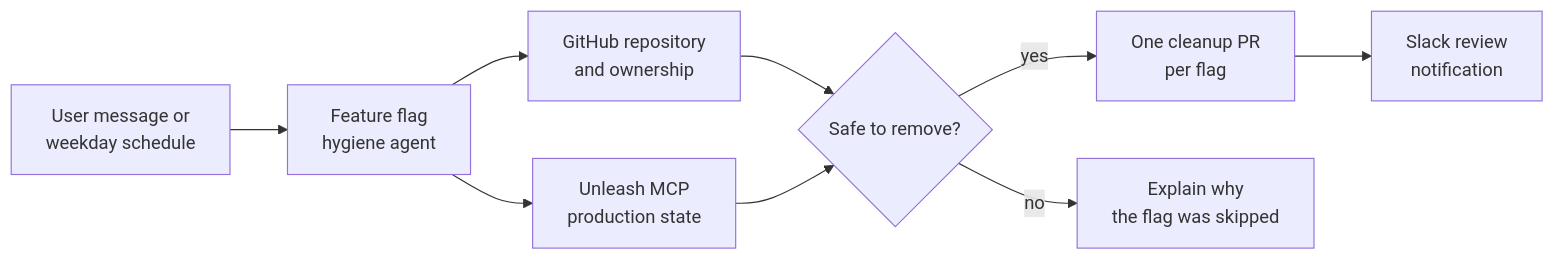
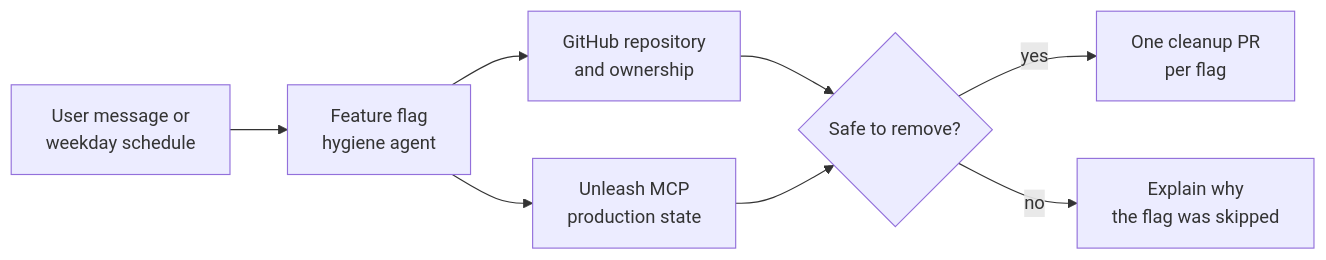
One commit to diggerhq/opencomputer changed the diagram in docs/agents/examples/feature-flag-hygiene.mdx. Above: the diagram before and after it, drawn with Mermaid. The commit also changed other lines of this file, not shown here.

````diff
--- a/docs/agents/examples/feature-flag-hygiene.mdx
+++ b/docs/agents/examples/feature-flag-hygiene.mdx
@@ -22,20 +21,18 @@
 ```mermaid
 flowchart LR
     Start[User message or<br/>weekday schedule]
     Agent[Feature flag<br/>hygiene agent]
     GitHub[GitHub repository<br/>and ownership]
     Unleash[Unleash MCP<br/>production state]
     Check{Safe to remove?}
     PR[One cleanup PR<br/>per flag]
-    Slack[Slack review<br/>notification]
     Report[Explain why<br/>the flag was skipped]
 
     Start --> Agent
     Agent --> GitHub
     Agent --> Unleash
     GitHub --> Check
     Unleash --> Check
     Check -->|yes| PR
-    PR --> Slack
     Check -->|no| Report
 ```
````
